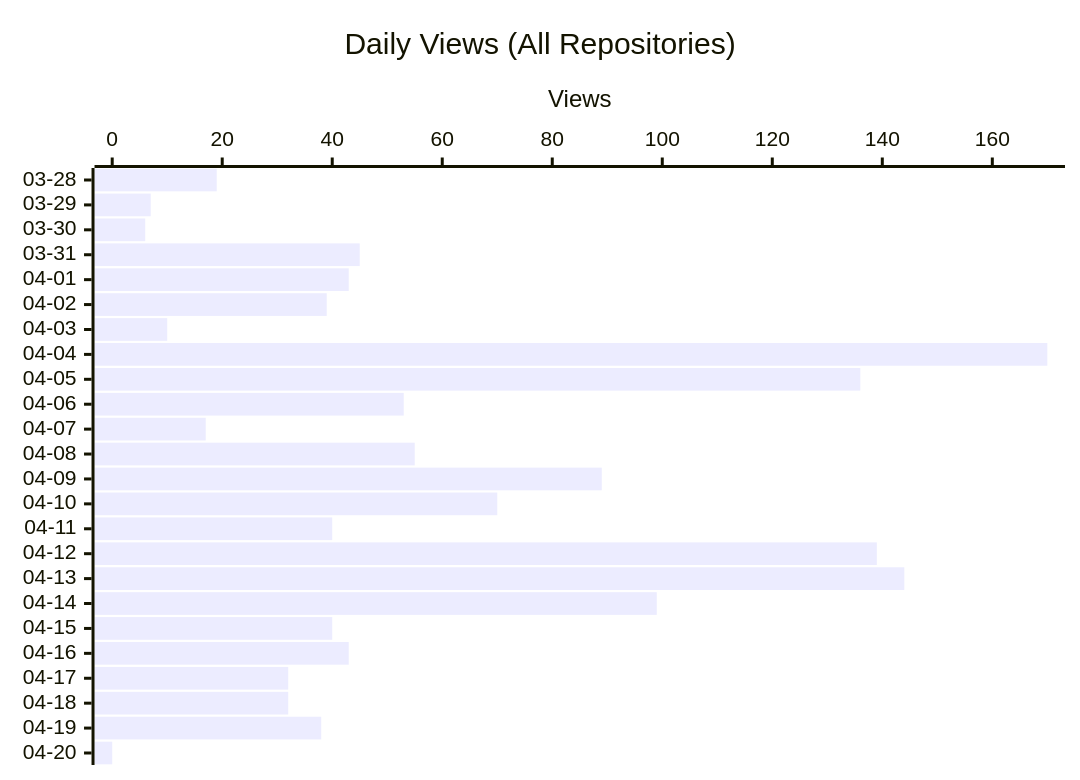
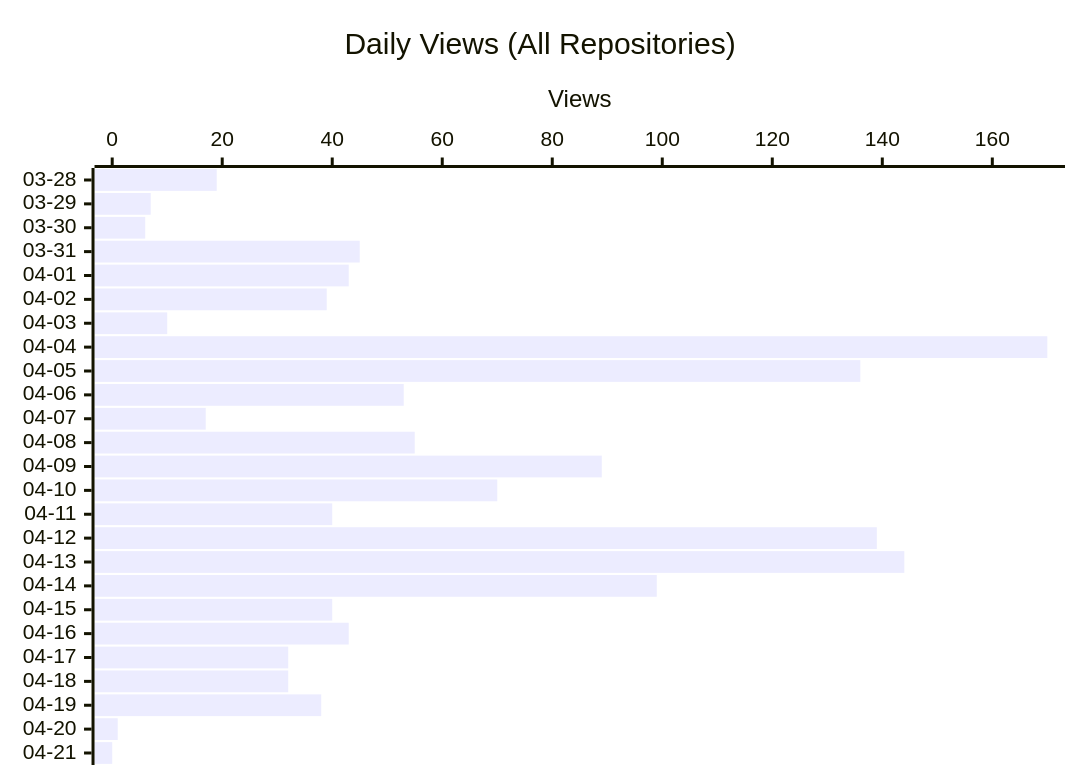
The second of 3 diagrams in README.md (shigechika/github-insights), drawn with Mermaid before and after one commit. The commit also changed other lines of this file and 1 other file, not shown here.

````diff
--- a/README.md
+++ b/README.md
@@ -24,7 +24,7 @@
 ```mermaid
 xychart-beta horizontal
     title "Daily Views (All Repositories)"
-    x-axis ["03-28", "03-29", "03-30", "03-31", "04-01", "04-02", "04-03", "04-04", "04-05", "04-06", "04-07", "04-08", "04-09", "04-10", "04-11", "04-12", "04-13", "04-14", "04-15", "04-16", "04-17", "04-18", "04-19", "04-20"]
+    x-axis ["03-28", "03-29", "03-30", "03-31", "04-01", "04-02", "04-03", "04-04", "04-05", "04-06", "04-07", "04-08", "04-09", "04-10", "04-11", "04-12", "04-13", "04-14", "04-15", "04-16", "04-17", "04-18", "04-19", "04-20", "04-21"]
     y-axis "Views"
-    bar [19, 7, 6, 45, 43, 39, 10, 170, 136, 53, 17, 55, 89, 70, 40, 139, 144, 99, 40, 43, 32, 32, 38, 0]
+    bar [19, 7, 6, 45, 43, 39, 10, 170, 136, 53, 17, 55, 89, 70, 40, 139, 144, 99, 40, 43, 32, 32, 38, 1, 0]
 ```
````
